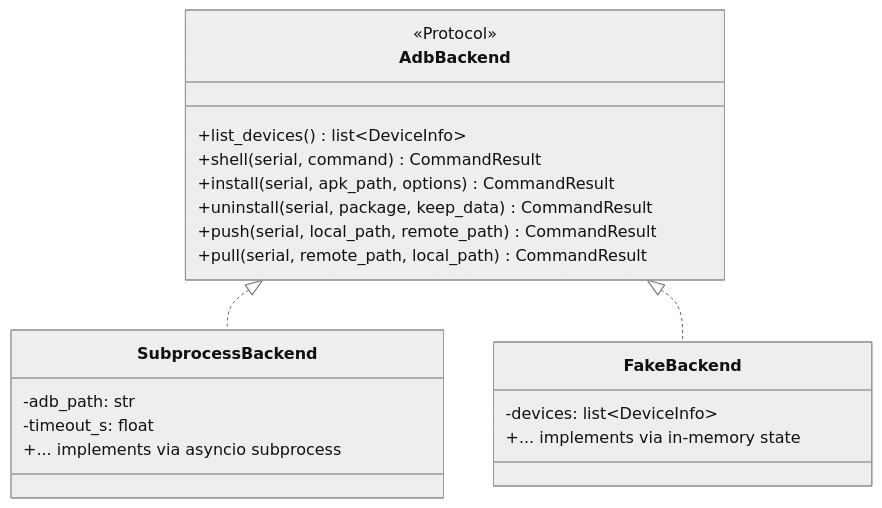
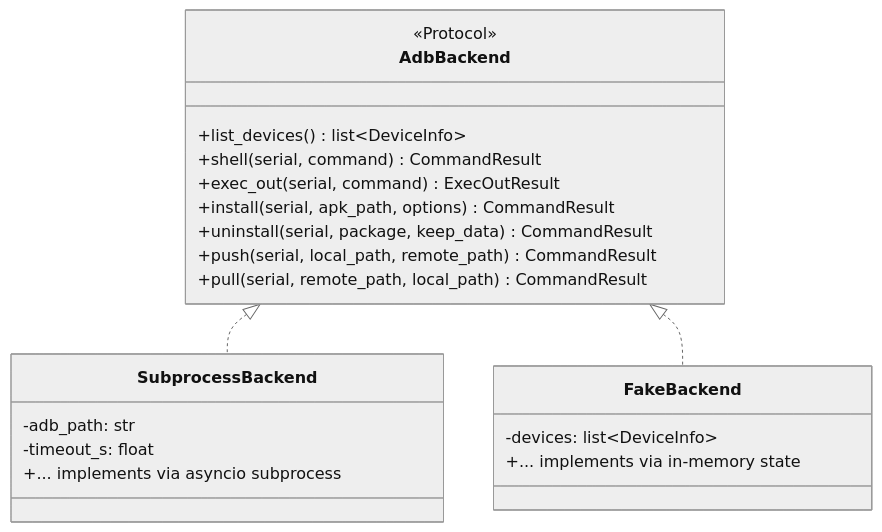
Before and after one commit to allaudin/adb-automation-mcp: the third of 7 diagrams in docs/ARCHITECTURE.md, drawn with Mermaid (neutral theme). The commit also changed other lines of this file and 15 other files, not shown here.

````diff
--- a/docs/ARCHITECTURE.md
+++ b/docs/ARCHITECTURE.md
@@ -195,23 +195,24 @@
 ```mermaid
 classDiagram
     class AdbBackend {
         <<Protocol>>
         +list_devices() list~DeviceInfo~
         +shell(serial, command) CommandResult
+        +exec_out(serial, command) ExecOutResult
         +install(serial, apk_path, options) CommandResult
         +uninstall(serial, package, keep_data) CommandResult
         +push(serial, local_path, remote_path) CommandResult
         +pull(serial, remote_path, local_path) CommandResult
     }
     class SubprocessBackend {
         -adb_path: str
         -timeout_s: float
         +... implements via asyncio subprocess
     }
     class FakeBackend {
         -devices: list~DeviceInfo~
         +... implements via in-memory state
     }
     AdbBackend <|.. SubprocessBackend
     AdbBackend <|.. FakeBackend
 ```
````
